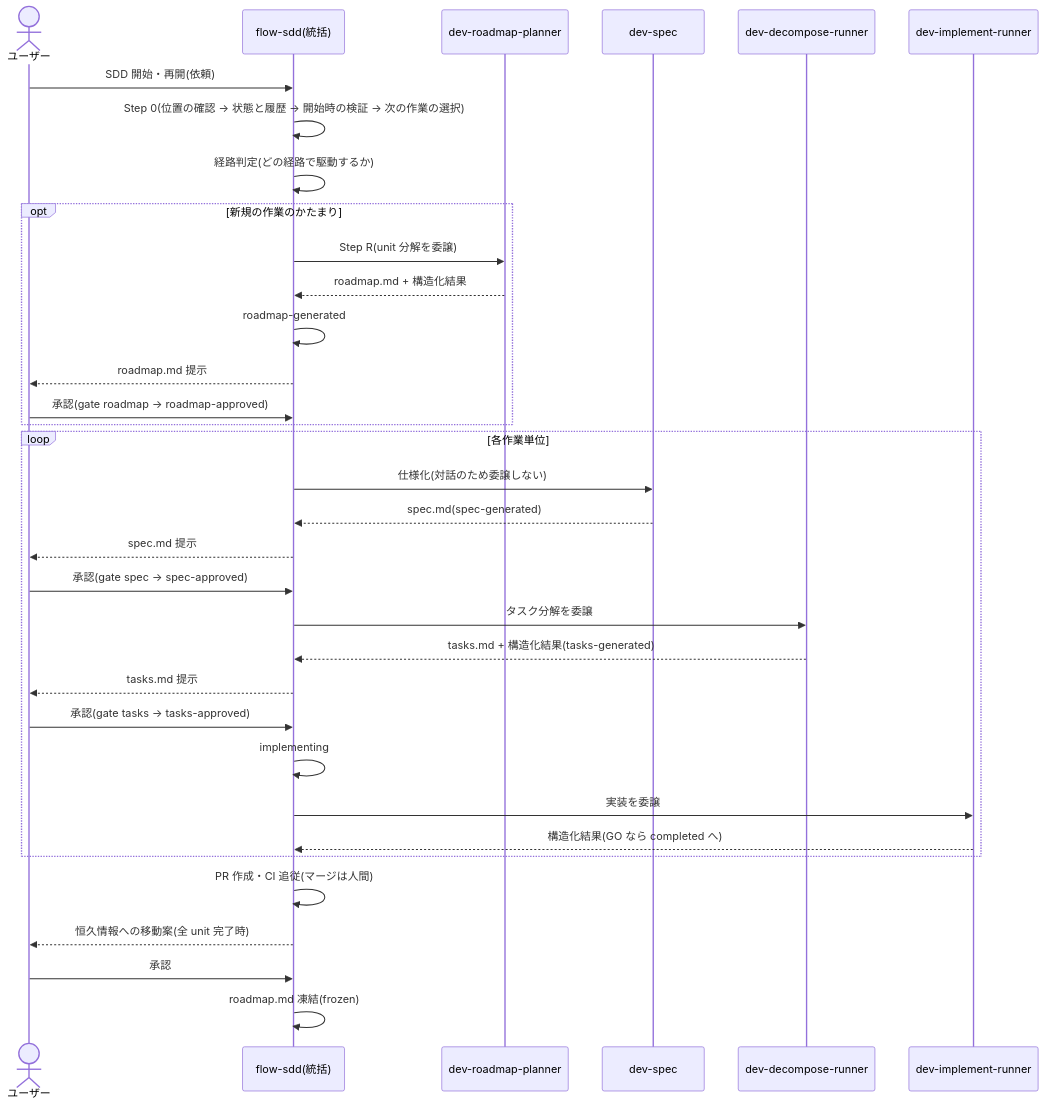
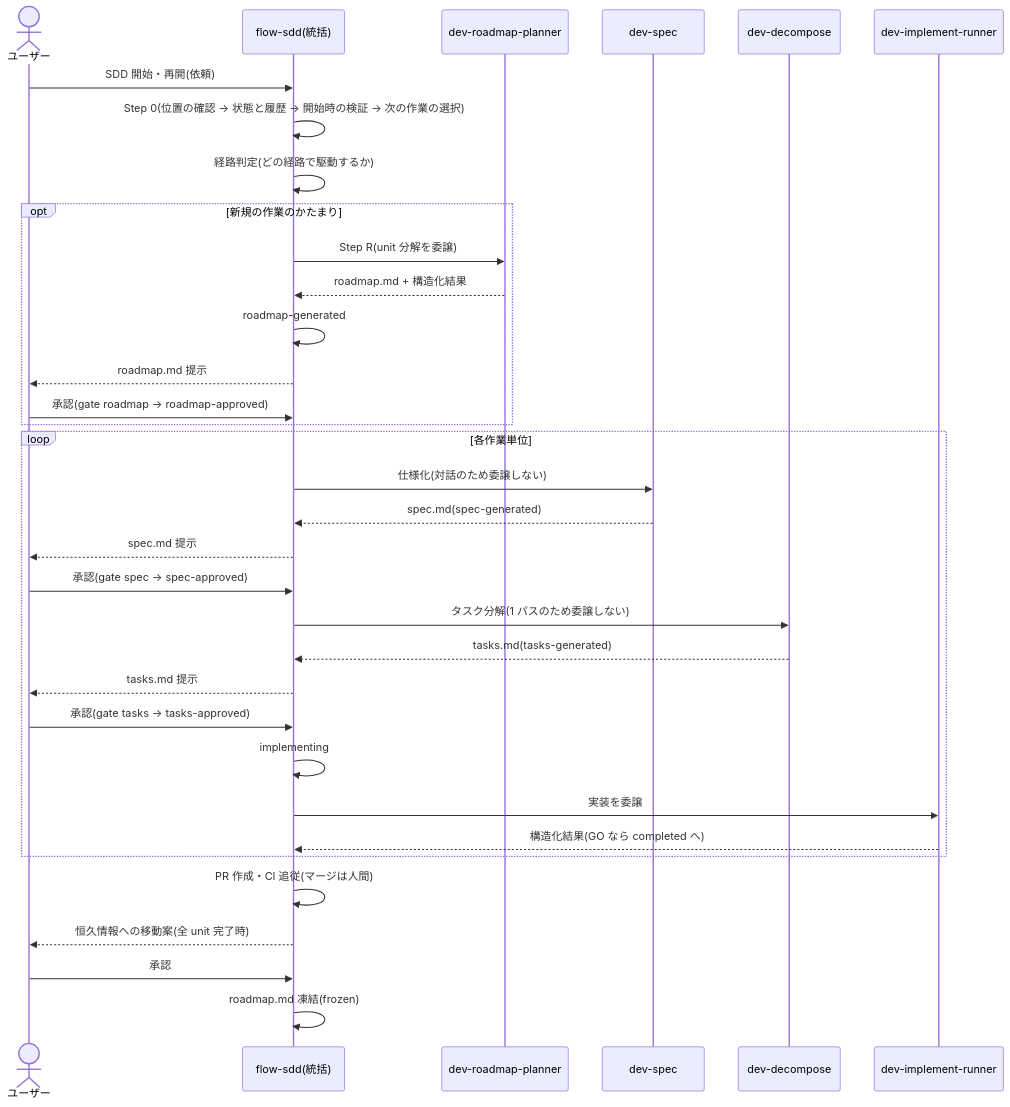
One commit to mosidas/dev-skills changed the third of 3 diagrams in .meta/DESIGN.md. Above: the diagram before and after it, drawn with Mermaid. The commit also changed other lines of this file and 9 other files, not shown here.

````diff
--- a/.meta/DESIGN.md
+++ b/.meta/DESIGN.md
@@ -151,36 +150,36 @@
 ```mermaid
 sequenceDiagram
     actor U as ユーザー
     participant F as flow-sdd(統括)
     participant R as dev-roadmap-planner
     participant S as dev-spec
-    participant D as dev-decompose-runner
+    participant D as dev-decompose
     participant I as dev-implement-runner
     U->>F: SDD 開始・再開(依頼)
     F->>F: Step 0(位置の確認 → 状態と履歴 → 開始時の検証 → 次の作業の選択)
     F->>F: 経路判定(どの経路で駆動するか)
     opt 新規の作業のかたまり
         F->>R: Step R(unit 分解を委譲)
         R-->>F: roadmap.md + 構造化結果
         F->>F: roadmap-generated
         F-->>U: roadmap.md 提示
         U->>F: 承認(gate roadmap → roadmap-approved)
     end
     loop 各作業単位
         F->>S: 仕様化(対話のため委譲しない)
         S-->>F: spec.md(spec-generated)
         F-->>U: spec.md 提示
         U->>F: 承認(gate spec → spec-approved)
-        F->>D: タスク分解を委譲
-        D-->>F: tasks.md + 構造化結果(tasks-generated)
+        F->>D: タスク分解(1 パスのため委譲しない)
+        D-->>F: tasks.md(tasks-generated)
         F-->>U: tasks.md 提示
         U->>F: 承認(gate tasks → tasks-approved)
         F->>F: implementing
         F->>I: 実装を委譲
         I-->>F: 構造化結果(GO なら completed へ)
     end
     F->>F: PR 作成・CI 追従(マージは人間)
     F-->>U: 恒久情報への移動案(全 unit 完了時)
     U->>F: 承認
     F->>F: roadmap.md 凍結(frozen)
 ```
````
